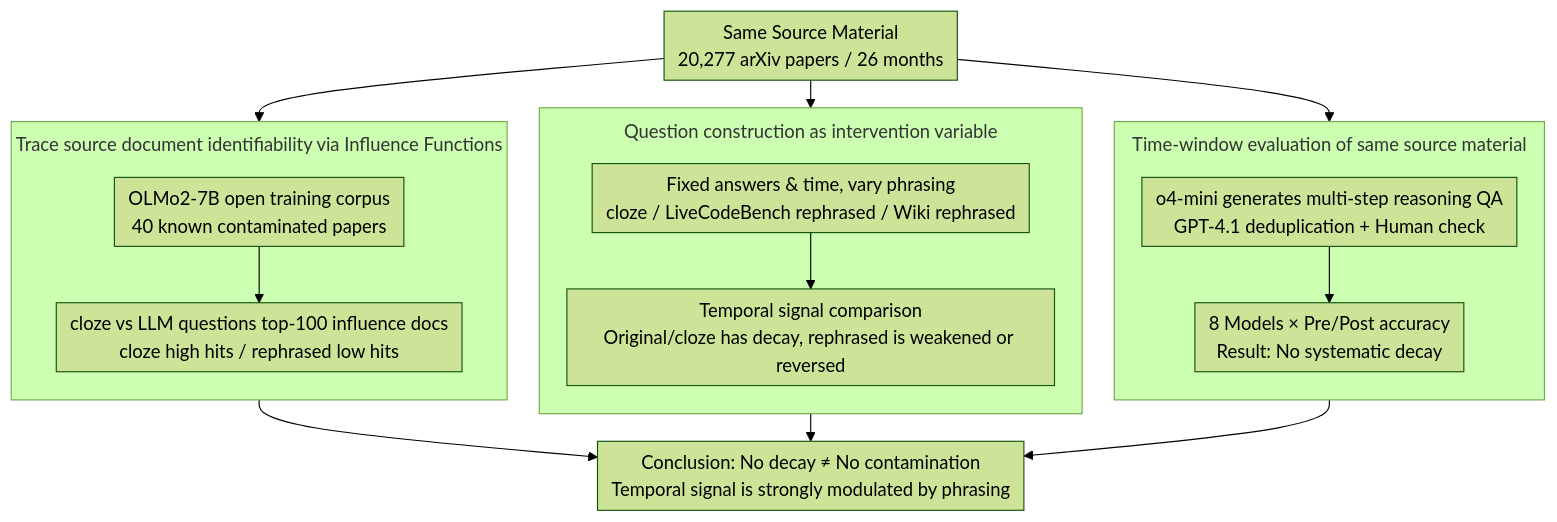
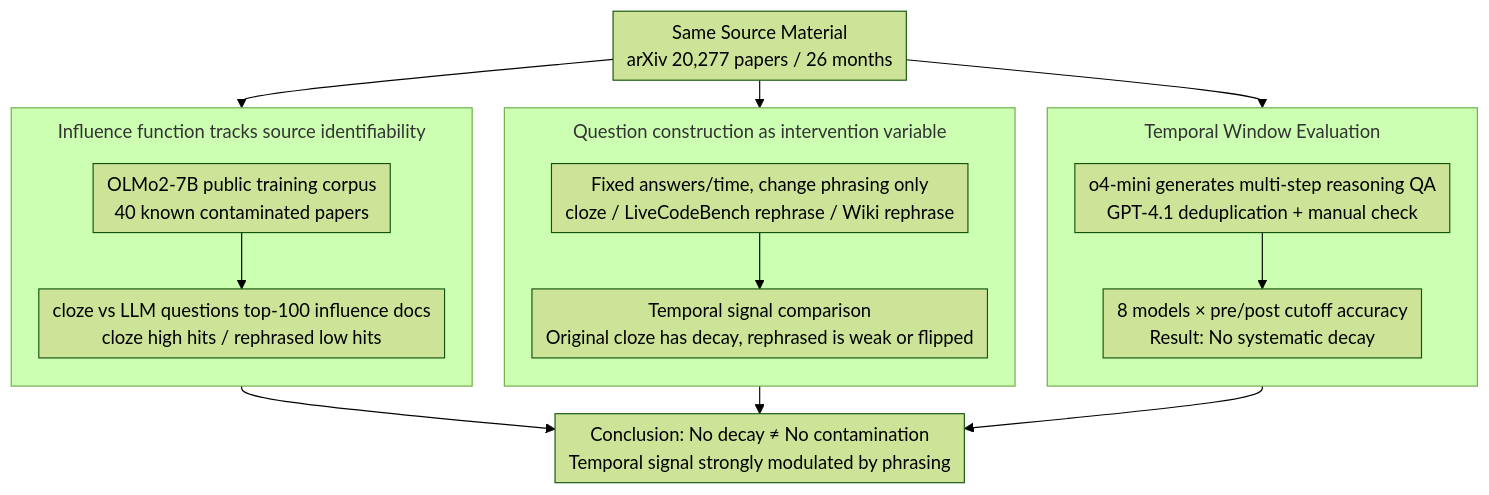
Before and after one commit to zhaoyang97/Paper-Notes-en: the diagram in docs/ACL2026/time_series/test_of_time_rethinking_temporal_signal_of_benchmark_contamination.md, drawn with Mermaid (forest theme). The commit also changed other lines of this file and 5084 other files, not shown here.

````diff
--- a/docs/ACL2026/time_series/test_of_time_rethinking_temporal_signal_of_benchmark_contamination.md
+++ b/docs/ACL2026/time_series/test_of_time_rethinking_temporal_signal_of_benchmark_contamination.md
@@ -41,23 +41,23 @@
 ```mermaid
 %%{init: {'flowchart': {'rankSpacing': 24, 'nodeSpacing': 28, 'padding': 6, 'wrappingWidth': 400, 'subGraphTitleMargin': {'top': 8, 'bottom': 16}}}}%%
 flowchart TD
-    A["Same Source Material<br/>20,277 arXiv papers / 26 months"]
-    subgraph L1["Time-window evaluation of same source material"]
+    A["Same Source Material<br/>arXiv 20,277 papers / 26 months"]
+    subgraph L1["Temporal Window Evaluation"]
         direction TB
-        B["o4-mini generates multi-step reasoning QA<br/>GPT-4.1 deduplication + Human check"] --> C["8 Models × Pre/Post accuracy<br/>Result: No systematic decay"]
+        B["o4-mini generates multi-step reasoning QA<br/>GPT-4.1 deduplication + manual check"] --> C["8 models × pre/post cutoff accuracy<br/>Result: No systematic decay"]
     end
     subgraph L2["Question construction as intervention variable"]
         direction TB
-        D["Fixed answers & time, vary phrasing<br/>cloze / LiveCodeBench rephrased / Wiki rephrased"] --> E["Temporal signal comparison<br/>Original/cloze has decay, rephrased is weakened or reversed"]
+        D["Fixed answers/time, change phrasing only<br/>cloze / LiveCodeBench rephrase / Wiki rephrase"] --> E["Temporal signal comparison<br/>Original cloze has decay, rephrased is weak or flipped"]
     end
-    subgraph L3["Trace source document identifiability via Influence Functions"]
+    subgraph L3["Influence function tracks source identifiability"]
         direction TB
-        F["OLMo2-7B open training corpus<br/>40 known contaminated papers"] --> G["cloze vs LLM questions top-100 influence docs<br/>cloze high hits / rephrased low hits"]
+        F["OLMo2-7B public training corpus<br/>40 known contaminated papers"] --> G["cloze vs LLM questions top-100 influence docs<br/>cloze high hits / rephrased low hits"]
     end
     A --> L1
     A --> L2
     A --> L3
-    C --> H["Conclusion: No decay ≠ No contamination<br/>Temporal signal is strongly modulated by phrasing"]
+    C --> H["Conclusion: No decay ≠ No contamination<br/>Temporal signal strongly modulated by phrasing"]
     E --> H
     G --> H
 ```
````
